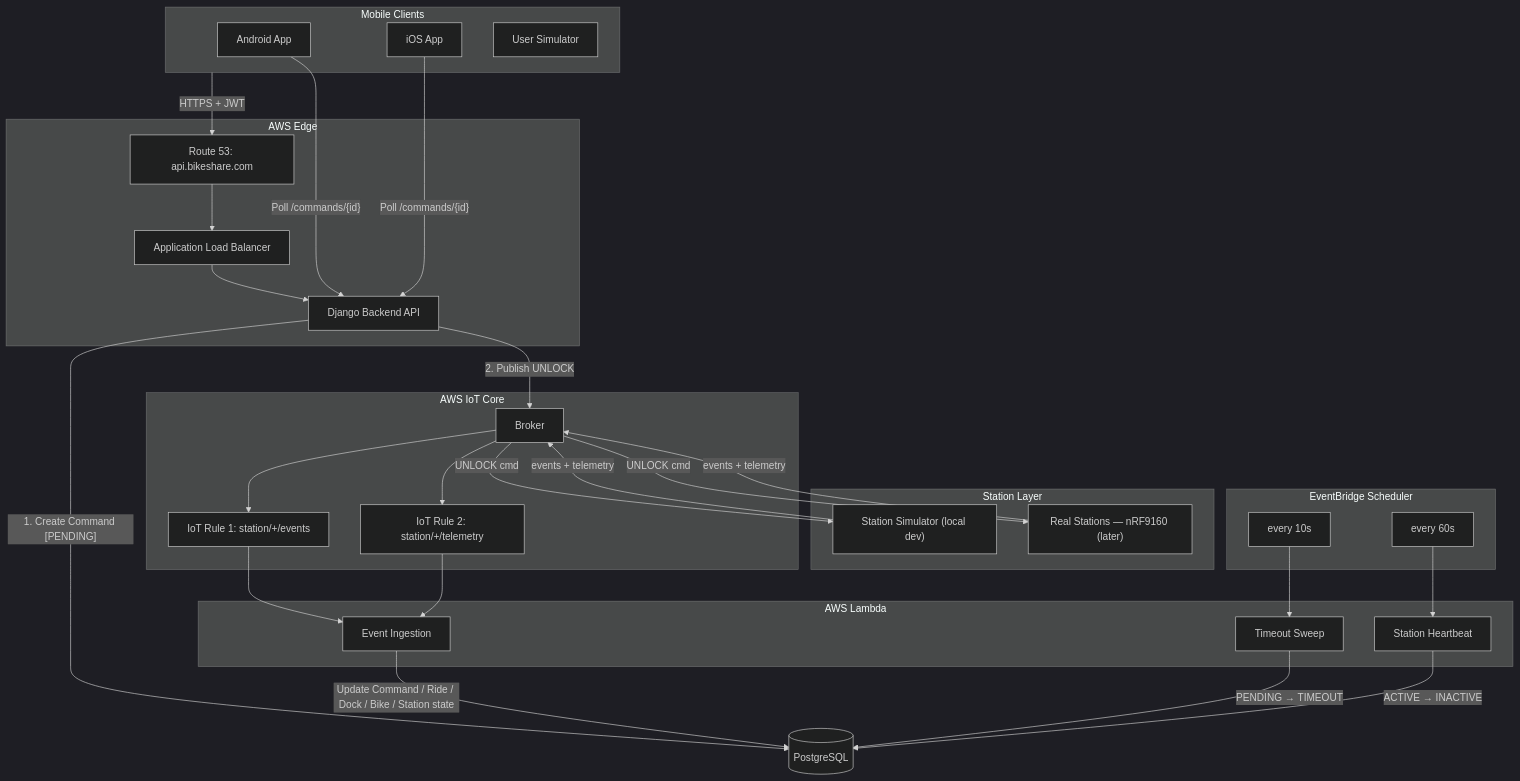
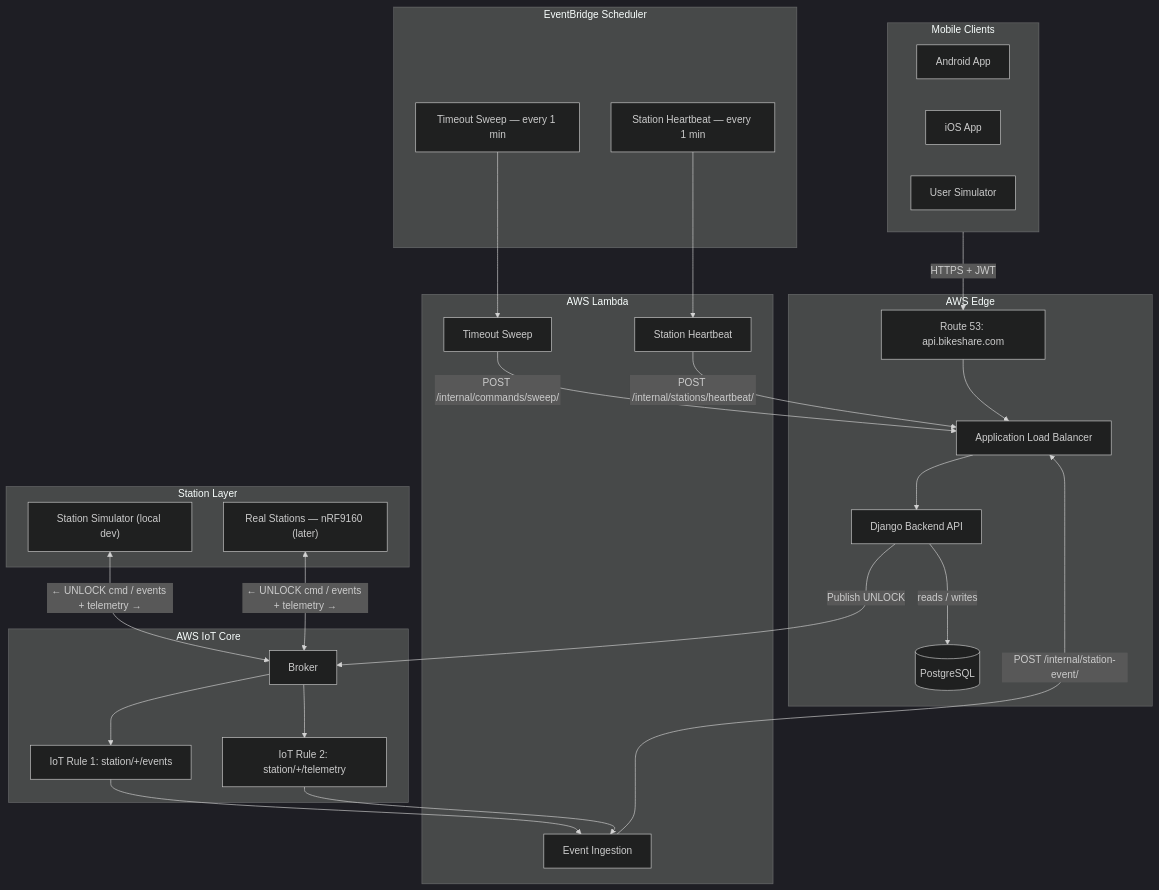
One commit to yeabb/bikeshare-platform changed the first of 4 diagrams in docs/system-architecture.md. Above: the diagram before and after it, drawn with Mermaid (dark theme). The commit also changed other lines of this file, not shown here.

First line of the commit message:
📝 Fix component diagram to reflect actual AWS architecture

````diff
--- a/docs/system-architecture.md
+++ b/docs/system-architecture.md
@@ -5,63 +5,62 @@
 ```mermaid
 graph TD
 
 subgraph CLIENTS["Mobile Clients"]
     AND[Android App]
     IOS[iOS App]
     USIM[User Simulator]
 end
 
 subgraph EDGE["AWS Edge"]
     R53["Route 53: api.bikeshare.com"]
     ALB[Application Load Balancer]
     ECS[Django Backend API]
+    DB[("PostgreSQL")]
 end
 
 subgraph STATION_LAYER["Station Layer"]
     SSIM["Station Simulator (local dev)"]
     STN["Real Stations — nRF9160 (later)"]
 end
 
 subgraph IOT_LAYER["AWS IoT Core"]
     BROKER[Broker]
     RULE1["IoT Rule 1: station/+/events"]
     RULE2["IoT Rule 2: station/+/telemetry"]
 end
 
 subgraph LAMBDAS["AWS Lambda"]
     LINGEST[Event Ingestion]
     LSWEEP[Timeout Sweep]
     LHBEAT[Station Heartbeat]
 end
 
 subgraph SCHEDULE["EventBridge Scheduler"]
-    SWEEP[every 10s]
-    HBEAT[every 60s]
+    SWEEP["Timeout Sweep — every 1 min"]
+    HBEAT["Station Heartbeat — every 1 min"]
 end
 
-DB[("PostgreSQL")]
-
-%% HTTP — inbound + polling
+%% HTTP — inbound
 CLIENTS -->|"HTTPS + JWT"| R53
 R53 --> ALB --> ECS
-AND & IOS -->|"Poll /commands/{id}"| ECS
 
 %% Backend → DB and IoT
-ECS -->|"1. Create Command [PENDING]"| DB
-ECS -->|"2. Publish UNLOCK"| BROKER
+ECS -->|"reads / writes"| DB
+ECS -->|"Publish UNLOCK"| BROKER
 
 %% IoT ↔ Stations
-BROKER -->|"UNLOCK cmd"| SSIM & STN
-SSIM & STN -->|"events + telemetry"| BROKER
+SSIM & STN <-->|"← UNLOCK cmd / events + telemetry →"| BROKER
 
 %% IoT Rules → Lambda
 BROKER --> RULE1 & RULE2
 RULE1 & RULE2 --> LINGEST
 
-%% Lambda → DB
-LINGEST -->|"Update Command / Ride / Dock / Bike / Station state"| DB
+%% Scheduled jobs → Lambda
+SWEEP --> LSWEEP
+HBEAT --> LHBEAT
 
-%% Scheduled jobs
-SWEEP --> LSWEEP -->|"PENDING → TIMEOUT"| DB
-HBEAT --> LHBEAT -->|"ACTIVE → INACTIVE"| DB
+%% Lambda → ALB → Django → DB (Lambda never touches DB directly)
+LINGEST -->|"POST /internal/station-event/"| ALB
+LSWEEP -->|"POST /internal/commands/sweep/"| ALB
+LHBEAT -->|"POST /internal/stations/heartbeat/"| ALB
 ```
````
